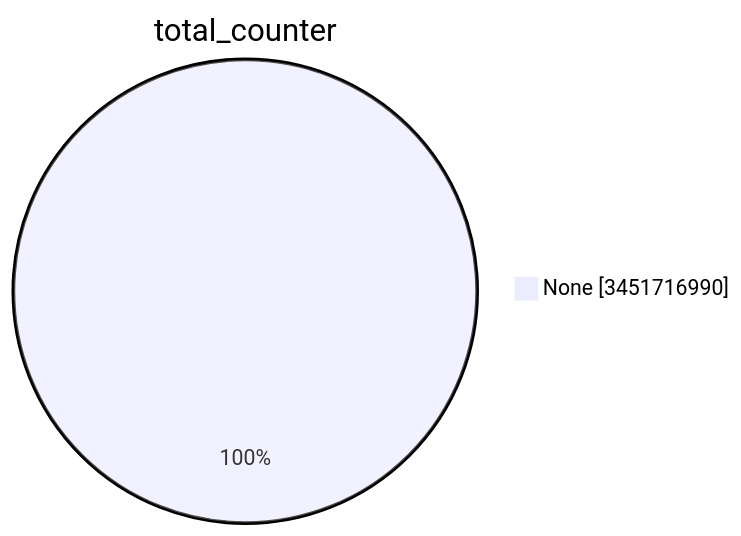
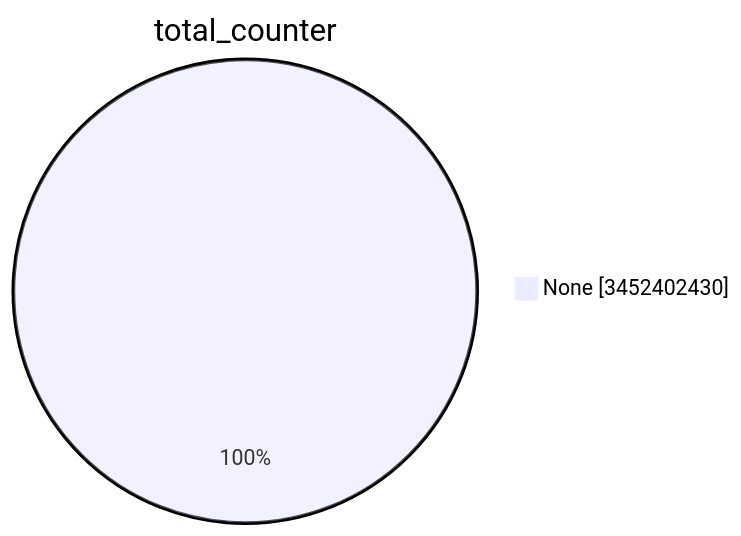
Before and after one commit to christiankrug/ctmonitor_visualization: the first of 15 diagrams in TOTAL/README.md, drawn with Mermaid. The commit also changed other lines of this file, not shown here.

````diff
--- a/TOTAL/README.md
+++ b/TOTAL/README.md
@@ -1,5 +1,5 @@
 ```mermaid
 pie showData
 title total_counter
-"None" :3451716990
+"None" :3452402430
 ```
````
